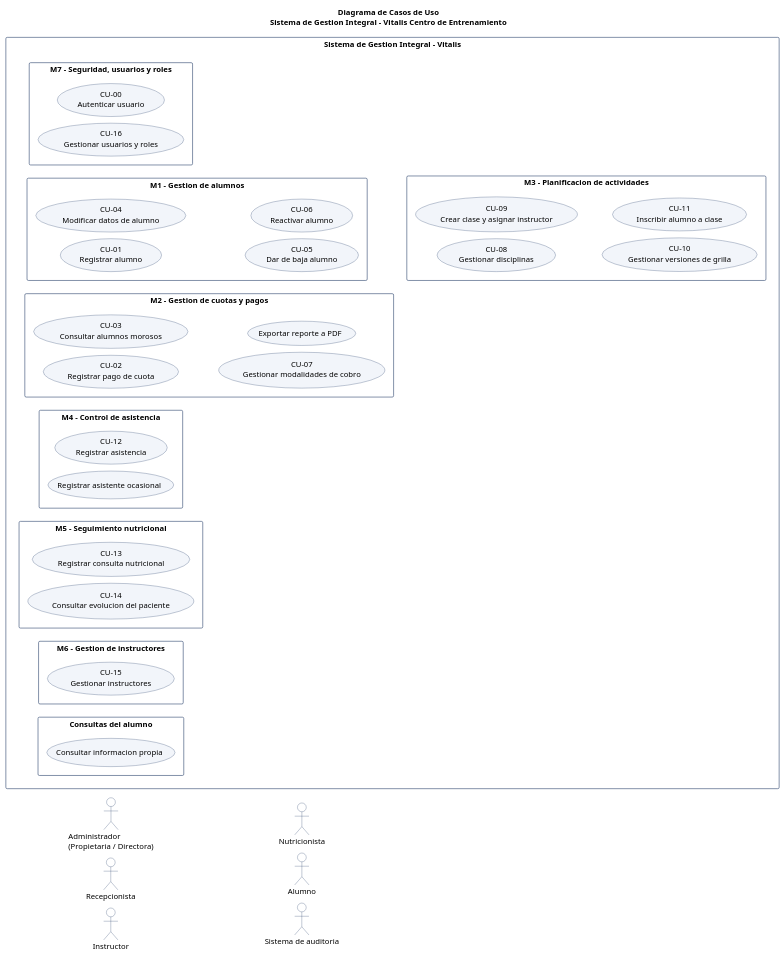
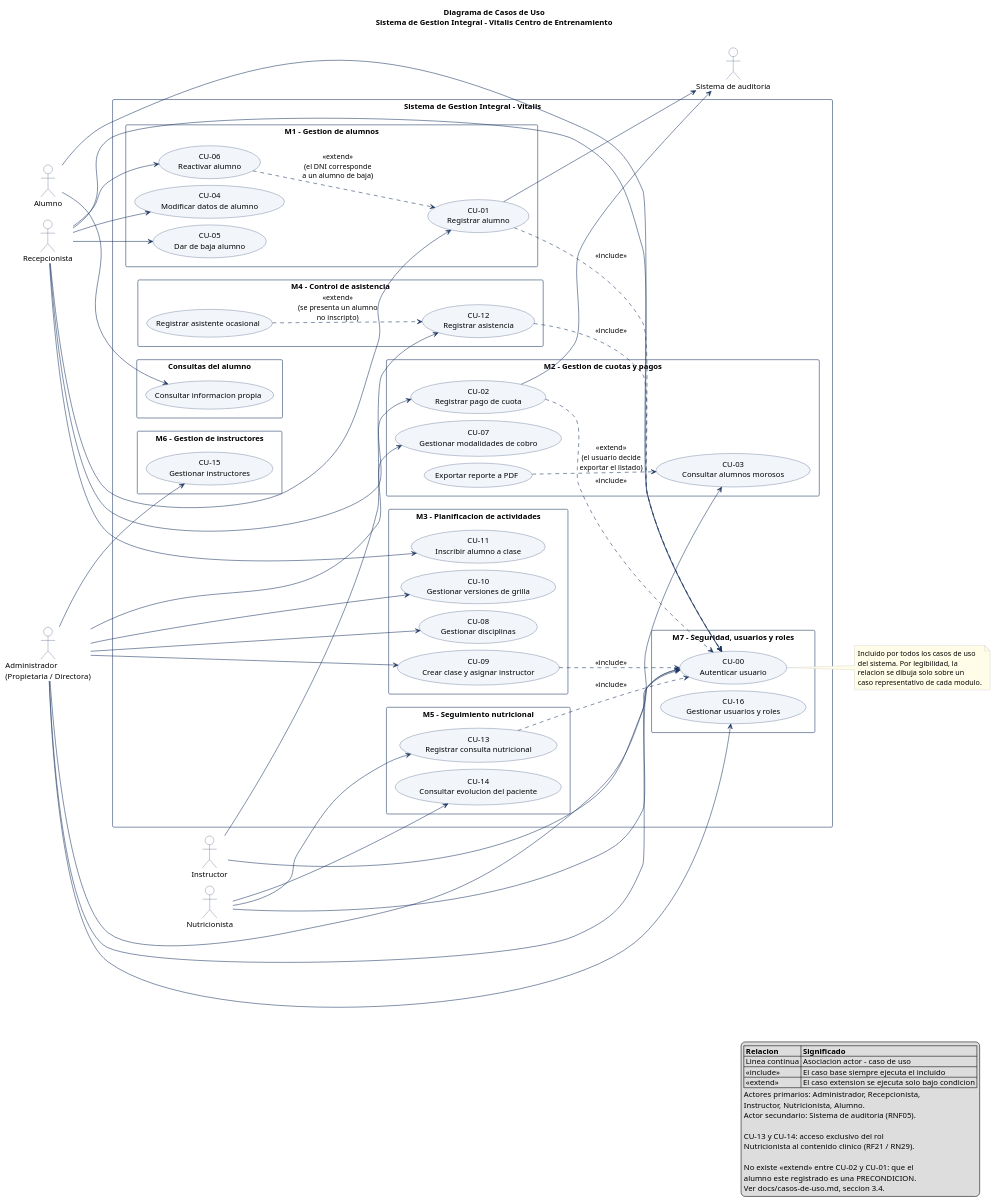
One commit to ValenVerduna2507/Vitalis changed the diagram in diagramas/casos-de-uso.puml. Above: the diagram before and after it, drawn with PlantUML. The commit also changed other lines of this file, not shown here.

```diff
--- a/diagramas/casos-de-uso.puml
+++ b/diagramas/casos-de-uso.puml
@@ -1,97 +1,185 @@
 @startuml casos-de-uso-vitalis
 ' ============================================================
 '  Diagrama de Casos de Uso
 '  Sistema de Gestion Integral - Vitalis Centro de Entrenamiento
 '  Escuela Superior de Comercio N 49 "Justo Jose de Urquiza"
 '  Grupo 02 - Desarrollo Web / Analista Funcional de Sistemas
 '
 '  Documentacion asociada: docs/casos-de-uso.md
 '  Visualizar en: https://www.plantuml.com/plantuml/uml/
 ' ============================================================
 
 left to right direction
 skinparam packageStyle rectangle
 skinparam shadowing false
 skinparam nodesep 12
 skinparam ranksep 45
 
 skinparam actor {
   BackgroundColor White
   BorderColor #1F3864
 }
 skinparam usecase {
   BackgroundColor #F2F5FA
   BorderColor #1F3864
   ArrowColor #1F3864
 }
 skinparam rectangle {
   BorderColor #1F3864
 }
 skinparam note {
   BackgroundColor #FFFDE7
   BorderColor #BDBDBD
 }
 
 title Diagrama de Casos de Uso\nSistema de Gestion Integral - Vitalis Centro de Entrenamiento
 
 ' ------------------------------------------------------------
 '  ACTORES
 ' ------------------------------------------------------------
 actor "Administrador\n(Propietaria / Directora)" as ADM
 actor "Recepcionista" as REC
 actor "Instructor" as INS
 actor "Nutricionista" as NUT
 actor "Alumno" as ALU
 actor "Sistema de auditoria" as AUD
 
 ' ------------------------------------------------------------
 '  LIMITE DEL SISTEMA
 ' ------------------------------------------------------------
 rectangle "Sistema de Gestion Integral - Vitalis" {
 
   package "M7 - Seguridad, usuarios y roles" {
     usecase "CU-00\nAutenticar usuario" as CU00
     usecase "CU-16\nGestionar usuarios y roles" as CU16
   }
 
   package "M1 - Gestion de alumnos" {
     usecase "CU-01\nRegistrar alumno" as CU01
     usecase "CU-04\nModificar datos de alumno" as CU04
     usecase "CU-05\nDar de baja alumno" as CU05
     usecase "CU-06\nReactivar alumno" as CU06
   }
 
   package "M2 - Gestion de cuotas y pagos" {
     usecase "CU-02\nRegistrar pago de cuota" as CU02
     usecase "CU-03\nConsultar alumnos morosos" as CU03
     usecase "CU-07\nGestionar modalidades de cobro" as CU07
     usecase "Exportar reporte a PDF" as EXP
   }
 
   package "M3 - Planificacion de actividades" {
     usecase "CU-08\nGestionar disciplinas" as CU08
     usecase "CU-09\nCrear clase y asignar instructor" as CU09
     usecase "CU-10\nGestionar versiones de grilla" as CU10
     usecase "CU-11\nInscribir alumno a clase" as CU11
   }
 
   package "M4 - Control de asistencia" {
     usecase "CU-12\nRegistrar asistencia" as CU12
     usecase "Registrar asistente ocasional" as OCA
   }
 
   package "M5 - Seguimiento nutricional" {
     usecase "CU-13\nRegistrar consulta nutricional" as CU13
     usecase "CU-14\nConsultar evolucion del paciente" as CU14
   }
 
   package "M6 - Gestion de instructores" {
     usecase "CU-15\nGestionar instructores" as CU15
   }
 
   package "Consultas del alumno" {
     usecase "Consultar informacion propia" as CONS
   }
 }
 
+' ------------------------------------------------------------
+'  ASOCIACIONES: ACTOR - CASO DE USO
+' ------------------------------------------------------------
+
+' Todos los actores se autentican
+ADM --> CU00
+REC --> CU00
+INS --> CU00
+NUT --> CU00
+ALU --> CU00
+ALU --> CONS
+
+' Administrador (Propietaria / Directora)
+ADM --> CU03
+ADM --> CU07
+ADM --> CU08
+ADM --> CU09
+ADM --> CU10
+ADM --> CU15
+ADM --> CU16
+
+' Recepcionista
+REC --> CU01
+REC --> CU02
+REC --> CU04
+REC --> CU05
+REC --> CU06
+REC --> CU11
+
+' Instructor
+INS --> CU12
+
+' Nutricionista
+NUT --> CU13
+NUT --> CU14
+
+' Sistema de auditoria (actor secundario)
+CU01 --> AUD
+CU02 --> AUD
+
+' ------------------------------------------------------------
+'  RELACIONES <<include>>
+'  El caso base SIEMPRE ejecuta el caso incluido.
+'  La flecha va del caso base hacia el caso incluido.
+' ------------------------------------------------------------
+CU01 ..> CU00 : <<include>>
+CU02 ..> CU00 : <<include>>
+CU09 ..> CU00 : <<include>>
+CU12 ..> CU00 : <<include>>
+CU13 ..> CU00 : <<include>>
+
+' ------------------------------------------------------------
+'  RELACIONES <<extend>>
+'  El caso extension se ejecuta SOLO bajo cierta condicion,
+'  en un punto de extension del caso base.
+'  La flecha va del caso extension hacia el caso base.
+' ------------------------------------------------------------
+CU06 ..> CU01 : <<extend>>\n(el DNI corresponde\na un alumno de baja)
+EXP  ..> CU03 : <<extend>>\n(el usuario decide\nexportar el listado)
+OCA  ..> CU12 : <<extend>>\n(se presenta un alumno\nno inscripto)
+
+' ------------------------------------------------------------
+'  NOTAS
+' ------------------------------------------------------------
+note right of CU00
+  Incluido por todos los casos de uso
+  del sistema. Por legibilidad, la
+  relacion se dibuja solo sobre un
+  caso representativo de cada modulo.
+end note
+
+legend right
+  |= Relacion |= Significado |
+  | Linea continua | Asociacion actor - caso de uso |
+  | <<include>> | El caso base siempre ejecuta el incluido |
+  | <<extend>> | El caso extension se ejecuta solo bajo condicion |
+  Actores primarios: Administrador, Recepcionista,
+  Instructor, Nutricionista, Alumno.
+  Actor secundario: Sistema de auditoria (RNF05).
+
+  CU-13 y CU-14: acceso exclusivo del rol
+  Nutricionista al contenido clinico (RF21 / RN29).
+
+  No existe <<extend>> entre CU-02 y CU-01: que el
+  alumno este registrado es una PRECONDICION.
+  Ver docs/casos-de-uso.md, seccion 3.4.
+endlegend
+
 @enduml
```
